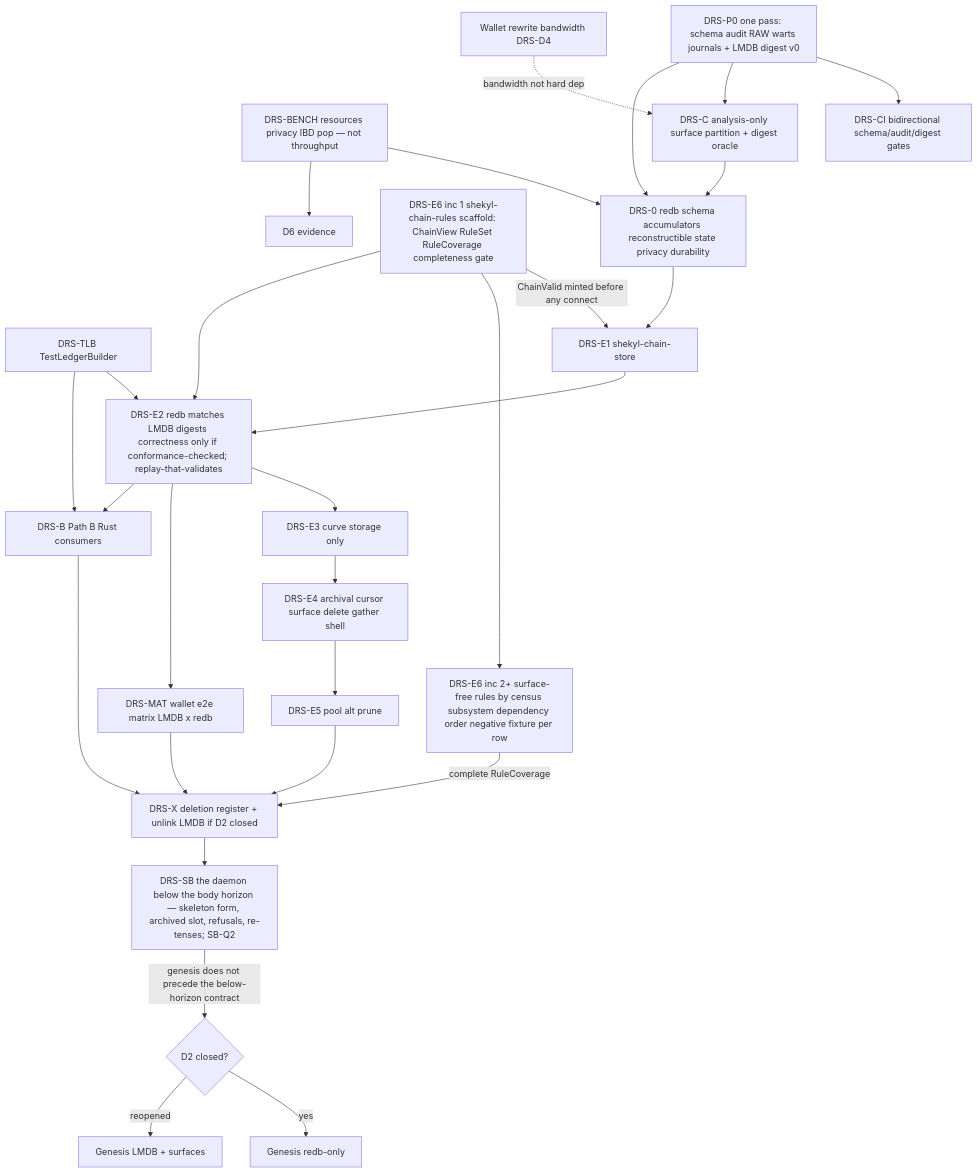
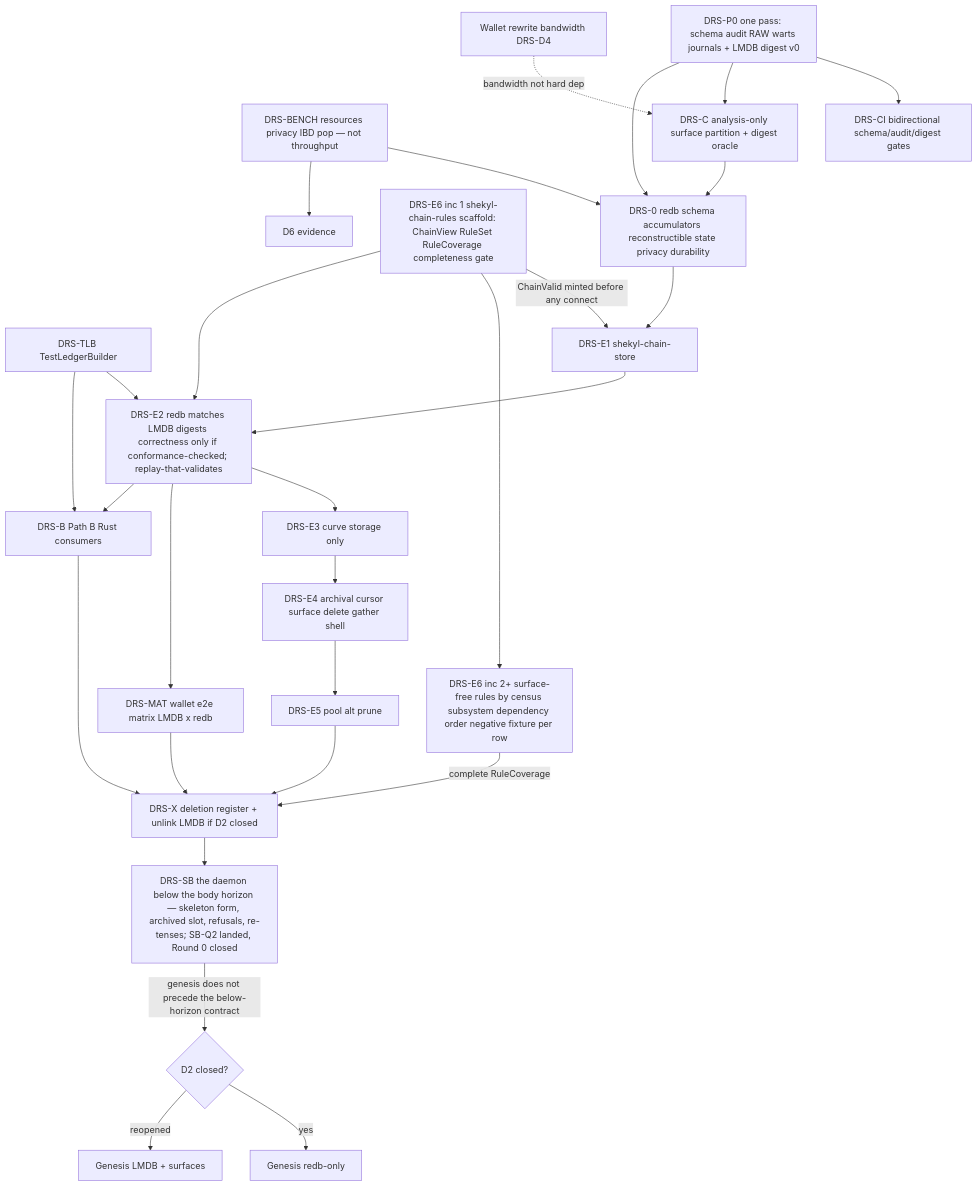
One commit to Shekyl-Foundation/shekyl-core changed the diagram in docs/design/DAEMON_REDB_STORE.md. Above: the diagram before and after it, drawn with Mermaid. The commit also changed other lines of this file and 4 other files, not shown here.

First line of the commit message:
docs: DRS-SB register landed with its commits; PDM-Q10 and the DRS-SB row say so

````diff
--- a/docs/design/DAEMON_REDB_STORE.md
+++ b/docs/design/DAEMON_REDB_STORE.md
@@ -1358,48 +1358,48 @@
 ```mermaid
 flowchart TD
   BENCH[DRS-BENCH resources privacy IBD pop — not throughput]
   P0[DRS-P0 one pass: schema audit RAW warts journals + LMDB digest v0]
   CI[DRS-CI bidirectional schema/audit/digest gates]
   TLB[DRS-TLB TestLedgerBuilder]
   W[Wallet rewrite bandwidth DRS-D4]
   C[DRS-C analysis-only surface partition + digest oracle]
   D0[DRS-0 redb schema accumulators reconstructible state privacy durability]
   E1[DRS-E1 shekyl-chain-store]
   E6a[DRS-E6 inc 1 shekyl-chain-rules scaffold: ChainView RuleSet RuleCoverage completeness gate]
   E6[DRS-E6 inc 2+ surface-free rules by census subsystem dependency order negative fixture per row]
   E2[DRS-E2 redb matches LMDB digests correctness only if conformance-checked; replay-that-validates]
   E3[DRS-E3 curve storage only]
   E4[DRS-E4 archival cursor surface delete gather shell]
   E5[DRS-E5 pool alt prune]
   B[DRS-B Path B Rust consumers]
   MAT[DRS-MAT wallet e2e matrix LMDB x redb]
   X[DRS-X deletion register + unlink LMDB if D2 closed]
-  SB[DRS-SB the daemon below the body horizon — skeleton form, archived slot, refusals, re-tenses; SB-Q2]
+  SB[DRS-SB the daemon below the body horizon — skeleton form, archived slot, refusals, re-tenses; SB-Q2 landed, Round 0 closed]
   G{D2 closed?}
   G1[Genesis redb-only]
   G2[Genesis LMDB + surfaces]
   BENCH --> D0
   BENCH --> D6ev[D6 evidence]
   P0 --> CI
   P0 --> C
   P0 --> D0
   TLB --> E2
   TLB --> B
   W -.->|bandwidth not hard dep| C
   C --> D0
   D0 --> E1 --> E2
   E6a -->|ChainValid minted before any connect| E1
   E6a --> E6
   E6a --> E2
   E2 --> E3 --> E4 --> E5
   E2 --> MAT
   E2 --> B
   E5 --> X
   E6 -->|complete RuleCoverage| X
   B --> X
   MAT --> X
   X --> SB
   SB -->|genesis does not precede the below-horizon contract| G
   G -->|yes| G1
   G -->|reopened| G2
 ```
````
